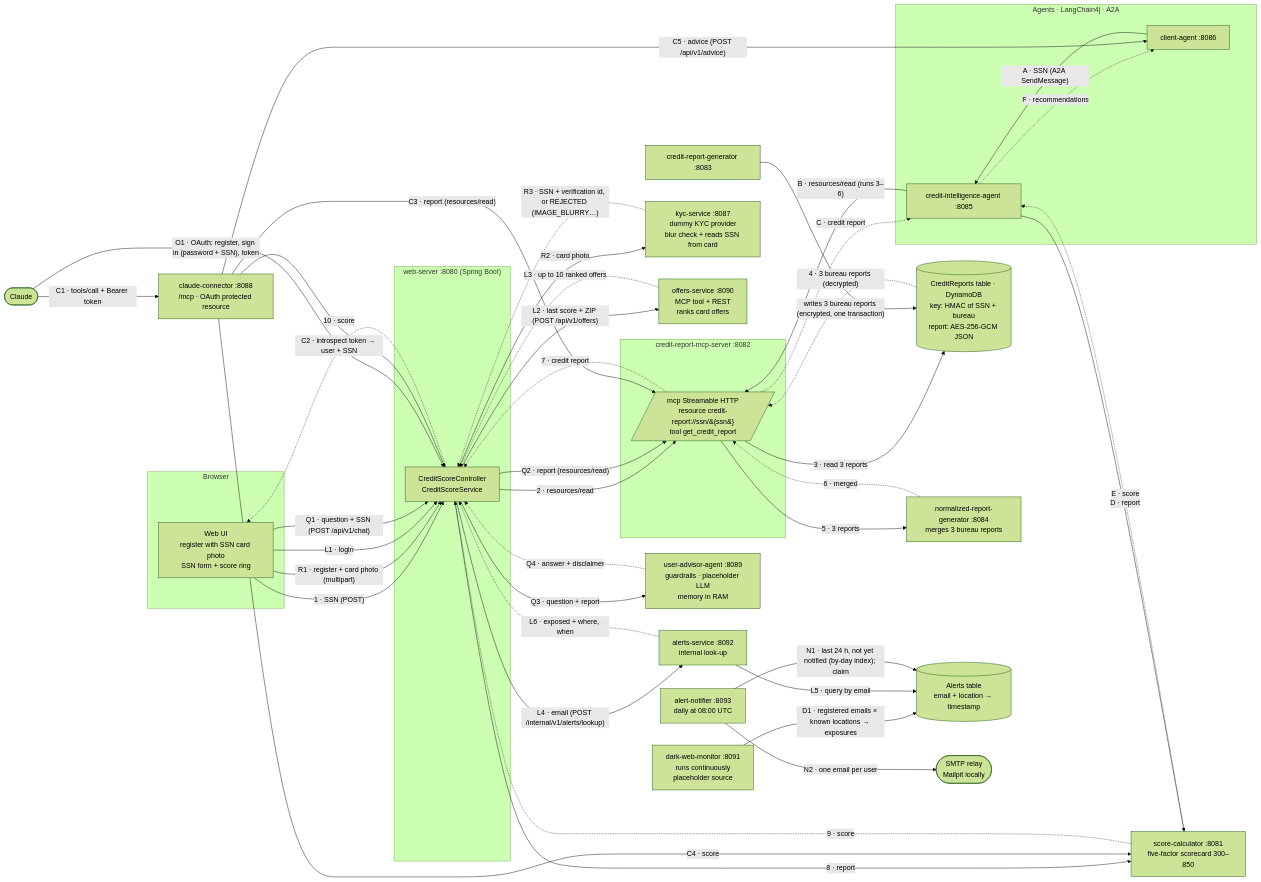
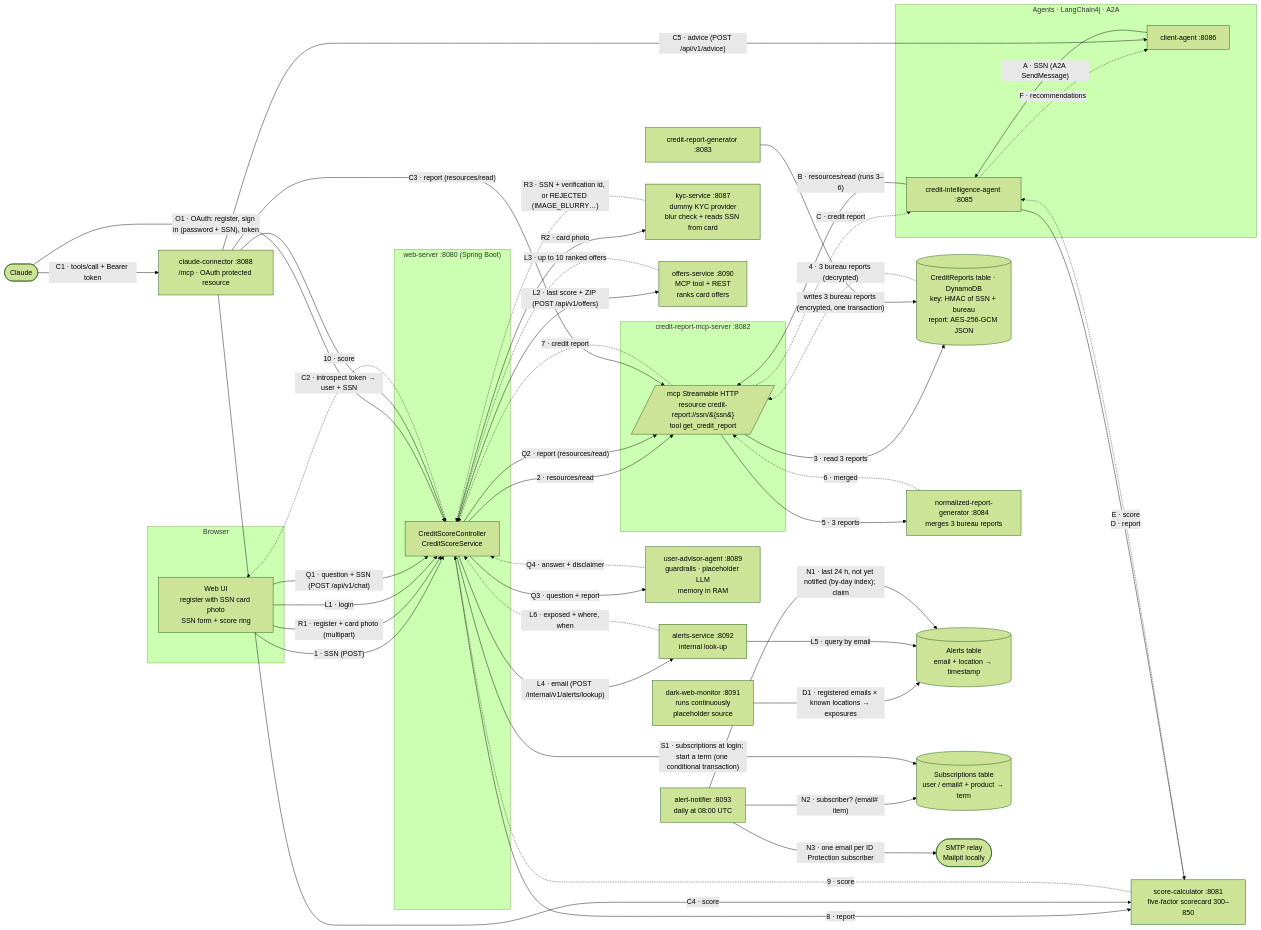
The first of 8 diagrams in docs/architecture.md (manojkhanwalkar/creditagent), drawn with Mermaid (forest theme) before and after one commit. The commit also changed other lines of this file and 57 other files, not shown here.

First line of the commit message:
Subscriptions: ID Protection behind a payment gateway (#38)

````diff
--- a/docs/architecture.md
+++ b/docs/architecture.md
@@ -5,70 +5,73 @@
 ```mermaid
 flowchart LR
     subgraph Browser
         UI[Web UI<br/>register with SSN card photo<br/>SSN form + score ring]
     end
     subgraph Web["web-server :8080 (Spring Boot)"]
         WS[CreditScoreController<br/>CreditScoreService]
     end
     subgraph MCP["credit-report-mcp-server :8082"]
         M[/mcp Streamable HTTP<br/>resource credit-report://ssn/&#123;ssn&#125;<br/>tool get_credit_report/]
     end
     FS[(CreditReports table · DynamoDB<br/>key: HMAC of SSN + bureau<br/>report: AES-256-GCM JSON)]
     NRG[normalized-report-generator :8084<br/>merges 3 bureau reports]
     GEN[credit-report-generator :8083]
     SC[score-calculator :8081<br/>five-factor scorecard 300–850]
     KYC[kyc-service :8087<br/>dummy KYC provider<br/>blur check + reads SSN from card]
     subgraph Agents["Agents · LangChain4j · A2A"]
         CA[client-agent :8086]
         CIA[credit-intelligence-agent :8085]
     end
     OFS[offers-service :8090<br/>MCP tool + REST<br/>ranks card offers]
     DWM[dark-web-monitor :8091<br/>runs continuously<br/>placeholder source]
     AT[(Alerts table<br/>email + location → timestamp)]
     ALS[alerts-service :8092<br/>internal look-up]
     AN[alert-notifier :8093<br/>daily at 08:00 UTC]
+    ST[(Subscriptions table<br/>user / email# + product → term)]
     MAIL([SMTP relay<br/>Mailpit locally])
     UAA[user-advisor-agent :8089<br/>guardrails · placeholder LLM<br/>memory in RAM]
     CL([Claude])
     CC[claude-connector :8088<br/>/mcp · OAuth protected resource]
 
     UI -- "1 · SSN (POST)" --> WS
     WS -- "2 · resources/read" --> M
     M -- "3 · read 3 reports" --> FS
     FS -. "4 · 3 bureau reports (decrypted)" .-> M
     M -- "5 · 3 reports" --> NRG
     NRG -. "6 · merged" .-> M
     M -. "7 · credit report" .-> WS
     WS -- "8 · report" --> SC
     SC -. "9 · score" .-> WS
     WS -. "10 · score" .-> UI
     GEN -- "writes 3 bureau reports (encrypted, one transaction)" --> FS
     UI -- "R1 · register + card photo (multipart)" --> WS
     WS -- "R2 · card photo" --> KYC
     KYC -. "R3 · SSN + verification id, or REJECTED (IMAGE_BLURRY…)" .-> WS
     CA -- "A · SSN (A2A SendMessage)" --> CIA
     CIA -- "B · resources/read (runs 3–6)" --> M
     M -. "C · credit report" .-> CIA
     CIA -- "D · report" --> SC
     SC -. "E · score" .-> CIA
     CIA -. "F · recommendations" .-> CA
     UI -- "L1 · login" --> WS
     WS -- "L2 · last score + ZIP (POST /api/v1/offers)" --> OFS
     OFS -. "L3 · up to 10 ranked offers" .-> WS
     DWM -- "D1 · registered emails × known locations → exposures" --> AT
     WS -- "L4 · email (POST /internal/v1/alerts/lookup)" --> ALS
     ALS -- "L5 · query by email" --> AT
     ALS -. "L6 · exposed + where, when" .-> WS
     AN -- "N1 · last 24 h, not yet notified (by-day index); claim" --> AT
-    AN -- "N2 · one email per user" --> MAIL
+    AN -- "N2 · subscriber? (email# item)" --> ST
+    AN -- "N3 · one email per ID Protection subscriber" --> MAIL
+    WS -- "S1 · subscriptions at login; start a term (one conditional transaction)" --> ST
     UI -- "Q1 · question + SSN (POST /api/v1/chat)" --> WS
     WS -- "Q2 · report (resources/read)" --> M
     WS -- "Q3 · question + report" --> UAA
     UAA -. "Q4 · answer + disclaimer" .-> WS
     CL -- "O1 · OAuth: register, sign in (password + SSN), token" --> WS
     CL -- "C1 · tools/call + Bearer token" --> CC
     CC -- "C2 · introspect token → user + SSN" --> WS
     CC -- "C3 · report (resources/read)" --> M
     CC -- "C4 · score" --> SC
     CC -- "C5 · advice (POST /api/v1/advice)" --> CA
 ```
````
